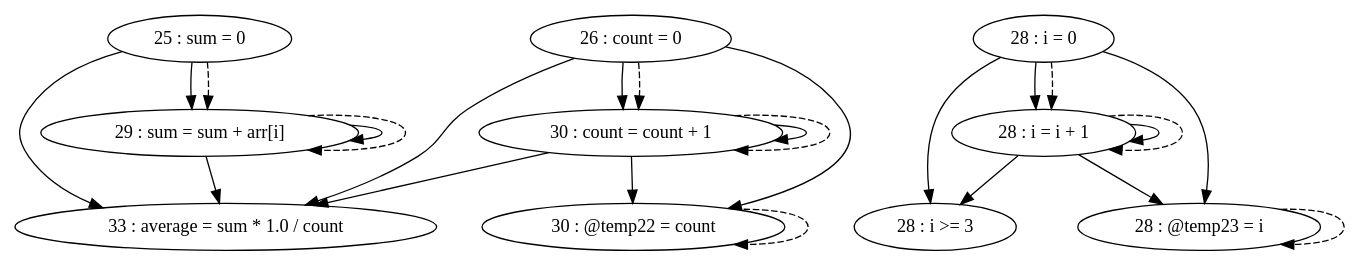
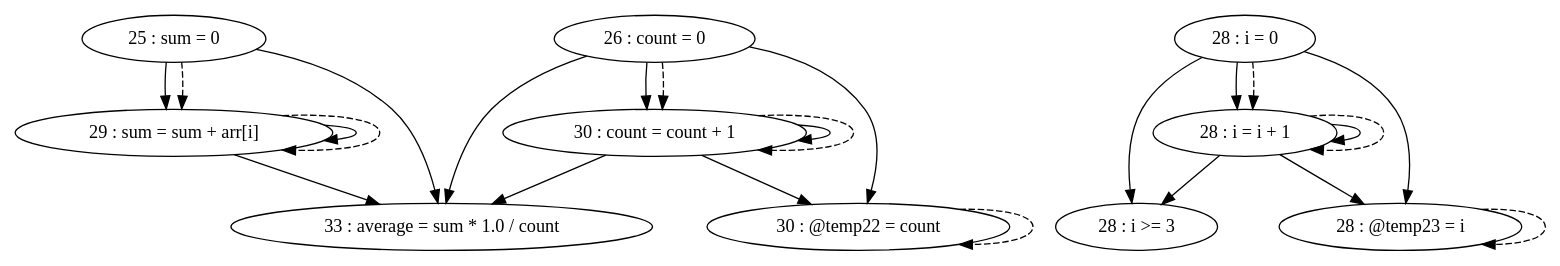
One commit to thomassimko/thesis-code-duplication changed the diagram in pdg/source/testFiles/TestCases/TestCase10/TestCase10-test2.gv. Above: the diagram before and after it, drawn with Graphviz. The commit also changed other lines of this file and 107 other files, not shown here.

```diff
--- a/pdg/source/testFiles/TestCases/TestCase10/TestCase10-test2.gv
+++ b/pdg/source/testFiles/TestCases/TestCase10/TestCase10-test2.gv
@@ -1,36 +1,36 @@
 digraph G {
 "25 : sum = 0"
+"25 : sum = 0" -> "29 : sum = sum + arr[i]"
 "25 : sum = 0" -> "33 : average = sum * 1.0 / count"
-"25 : sum = 0" -> "29 : sum = sum + arr[i]"
 "25 : sum = 0" -> "29 : sum = sum + arr[i]" [style=dashed]
 "26 : count = 0"
+"26 : count = 0" -> "33 : average = sum * 1.0 / count"
 "26 : count = 0" -> "30 : @temp22 = count"
 "26 : count = 0" -> "30 : count = count + 1"
-"26 : count = 0" -> "33 : average = sum * 1.0 / count"
 "26 : count = 0" -> "30 : count = count + 1" [style=dashed]
 "28 : i = 0"
-"28 : i = 0" -> "28 : i = i + 1"
 "28 : i = 0" -> "28 : i >= 3"
 "28 : i = 0" -> "28 : @temp23 = i"
+"28 : i = 0" -> "28 : i = i + 1"
 "28 : i = 0" -> "28 : i = i + 1" [style=dashed]
 "28 : i >= 3"
 "29 : sum = sum + arr[i]"
+"29 : sum = sum + arr[i]" -> "29 : sum = sum + arr[i]"
 "29 : sum = sum + arr[i]" -> "33 : average = sum * 1.0 / count"
-"29 : sum = sum + arr[i]" -> "29 : sum = sum + arr[i]"
 "29 : sum = sum + arr[i]" -> "29 : sum = sum + arr[i]" [style=dashed]
 "30 : @temp22 = count"
 "30 : @temp22 = count" -> "30 : @temp22 = count" [style=dashed]
 "30 : count = count + 1"
+"30 : count = count + 1" -> "33 : average = sum * 1.0 / count"
 "30 : count = count + 1" -> "30 : @temp22 = count"
 "30 : count = count + 1" -> "30 : count = count + 1"
-"30 : count = count + 1" -> "33 : average = sum * 1.0 / count"
 "30 : count = count + 1" -> "30 : count = count + 1" [style=dashed]
 "28 : @temp23 = i"
 "28 : @temp23 = i" -> "28 : @temp23 = i" [style=dashed]
 "28 : i = i + 1"
-"28 : i = i + 1" -> "28 : i = i + 1"
 "28 : i = i + 1" -> "28 : i >= 3"
 "28 : i = i + 1" -> "28 : @temp23 = i"
+"28 : i = i + 1" -> "28 : i = i + 1"
 "28 : i = i + 1" -> "28 : i = i + 1" [style=dashed]
 "33 : average = sum * 1.0 / count"
 }
```
